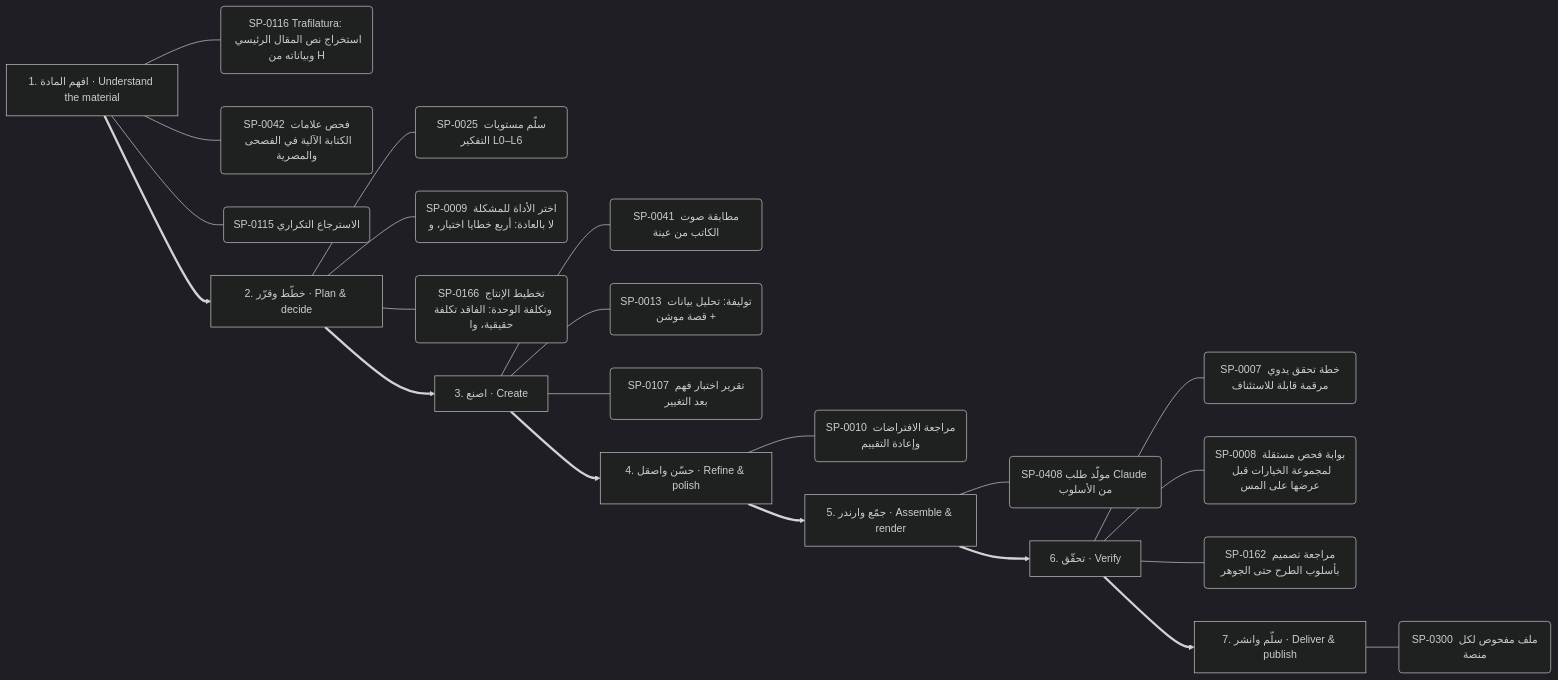
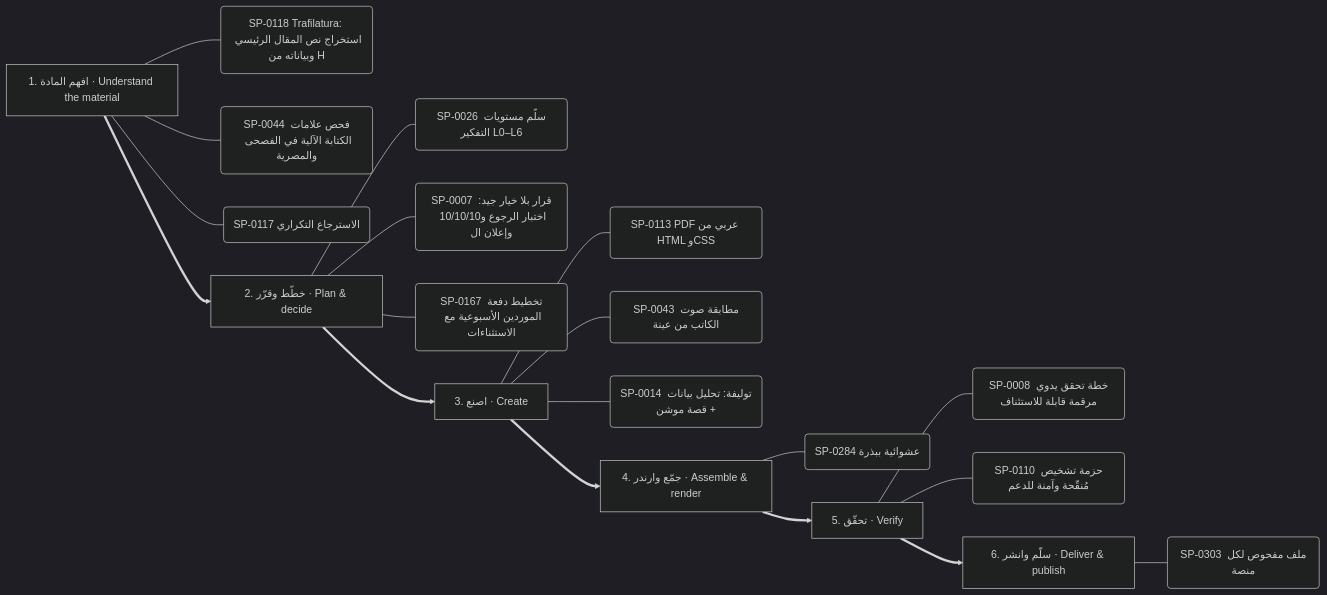
Before and after one commit to kosif199022-jpg/kosif-tool: diagram 13 of 13 in .claude/skills/kosif-superpowers/references/capability-mindmap.md, drawn with Mermaid (dark theme). The commit also changed other lines of this file and 153 other files, not shown here.

````diff
--- a/.claude/skills/kosif-superpowers/references/capability-mindmap.md
+++ b/.claude/skills/kosif-superpowers/references/capability-mindmap.md
@@ -648,31 +643,27 @@
 ```mermaid
 flowchart LR
   S0["1. افهم المادة · Understand the material"]
-  S0 --- S0_0("SP-0116 Trafilatura: استخراج نص المقال الرئيسي وبياناته من H")
-  S0 --- S0_1("SP-0042 فحص علامات الكتابة الآلية في الفصحى والمصرية")
-  S0 --- S0_2("SP-0115 الاسترجاع التكراري")
+  S0 --- S0_0("SP-0118 Trafilatura: استخراج نص المقال الرئيسي وبياناته من H")
+  S0 --- S0_1("SP-0044 فحص علامات الكتابة الآلية في الفصحى والمصرية")
+  S0 --- S0_2("SP-0117 الاسترجاع التكراري")
   S1["2. خطّط وقرّر · Plan & decide"]
-  S1 --- S1_0("SP-0025 سلّم مستويات التفكير L0–L6")
-  S1 --- S1_1("SP-0009 اختر الأداة للمشكلة لا بالعادة: أربع خطايا اختيار، و")
-  S1 --- S1_2("SP-0166 تخطيط الإنتاج وتكلفة الوحدة: الفاقد تكلفة حقيقية، وا")
+  S1 --- S1_0("SP-0026 سلّم مستويات التفكير L0–L6")
+  S1 --- S1_1("SP-0007 قرار بلا خيار جيد: اختبار الرجوع و10/10/10 وإعلان ال")
+  S1 --- S1_2("SP-0167 تخطيط دفعة الموردين الأسبوعية مع الاستثناءات")
   S0 ==> S1
   S2["3. اصنع · Create"]
-  S2 --- S2_0("SP-0041 مطابقة صوت الكاتب من عينة")
-  S2 --- S2_1("SP-0013 توليفة: تحليل بيانات + قصة موشن")
-  S2 --- S2_2("SP-0107 تقرير اختبار فهم بعد التغيير")
+  S2 --- S2_0("SP-0113 PDF عربي من HTML وCSS")
+  S2 --- S2_1("SP-0043 مطابقة صوت الكاتب من عينة")
+  S2 --- S2_2("SP-0014 توليفة: تحليل بيانات + قصة موشن")
   S1 ==> S2
-  S3["4. حسّن واصقل · Refine & polish"]
-  S3 --- S3_0("SP-0010 مراجعة الافتراضات وإعادة التقييم")
+  S3["4. جمّع وارندر · Assemble & render"]
+  S3 --- S3_0("SP-0284 عشوائية ببذرة")
   S2 ==> S3
-  S4["5. جمّع وارندر · Assemble & render"]
-  S4 --- S4_0("SP-0408 مولّد طلب Claude من الأسلوب")
+  S4["5. تحقّق · Verify"]
+  S4 --- S4_0("SP-0008 خطة تحقق يدوي مرقمة قابلة للاستئناف")
+  S4 --- S4_1("SP-0110 حزمة تشخيص مُنقّحة وآمنة للدعم")
   S3 ==> S4
-  S5["6. تحقّق · Verify"]
-  S5 --- S5_0("SP-0007 خطة تحقق يدوي مرقمة قابلة للاستئناف")
-  S5 --- S5_1("SP-0008 بوابة فحص مستقلة لمجموعة الخيارات قبل عرضها على المس")
-  S5 --- S5_2("SP-0162 مراجعة تصميم بأسلوب الطرح حتى الجوهر")
+  S5["6. سلّم وانشر · Deliver & publish"]
+  S5 --- S5_0("SP-0303 ملف مفحوص لكل منصة")
   S4 ==> S5
-  S6["7. سلّم وانشر · Deliver & publish"]
-  S6 --- S6_0("SP-0300 ملف مفحوص لكل منصة")
-  S5 ==> S6
 ```
````
